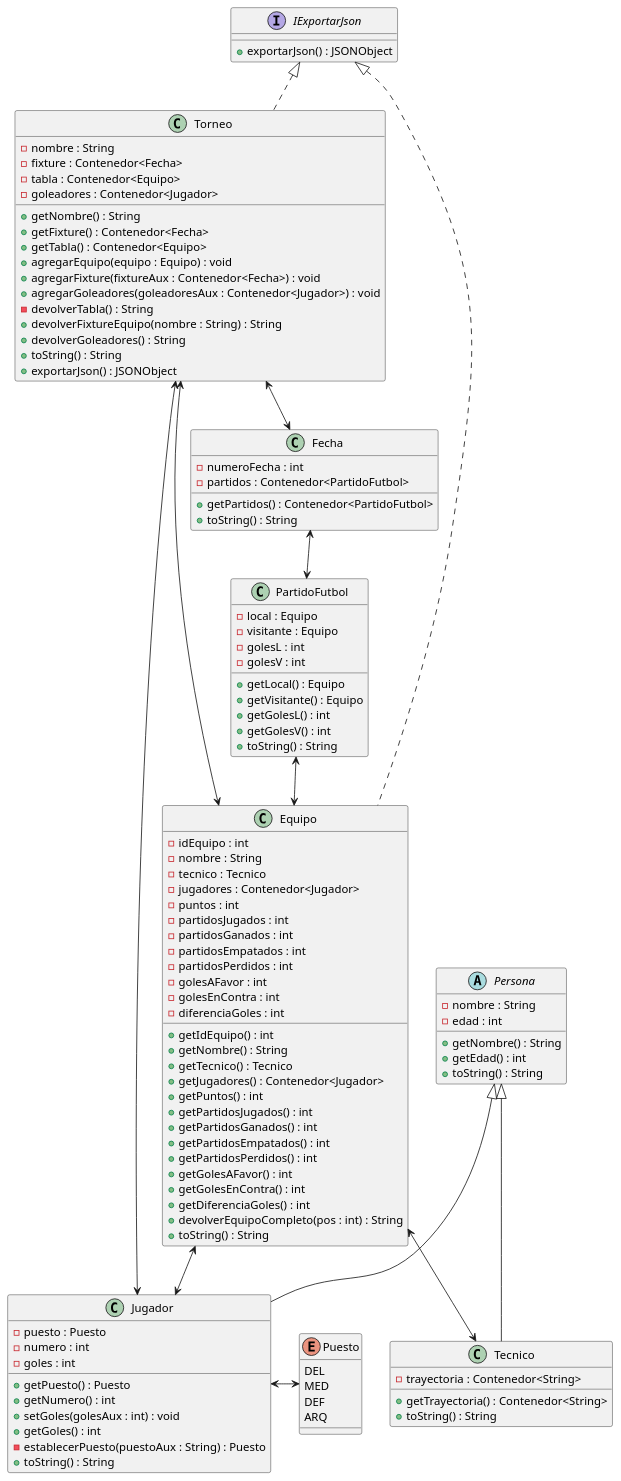
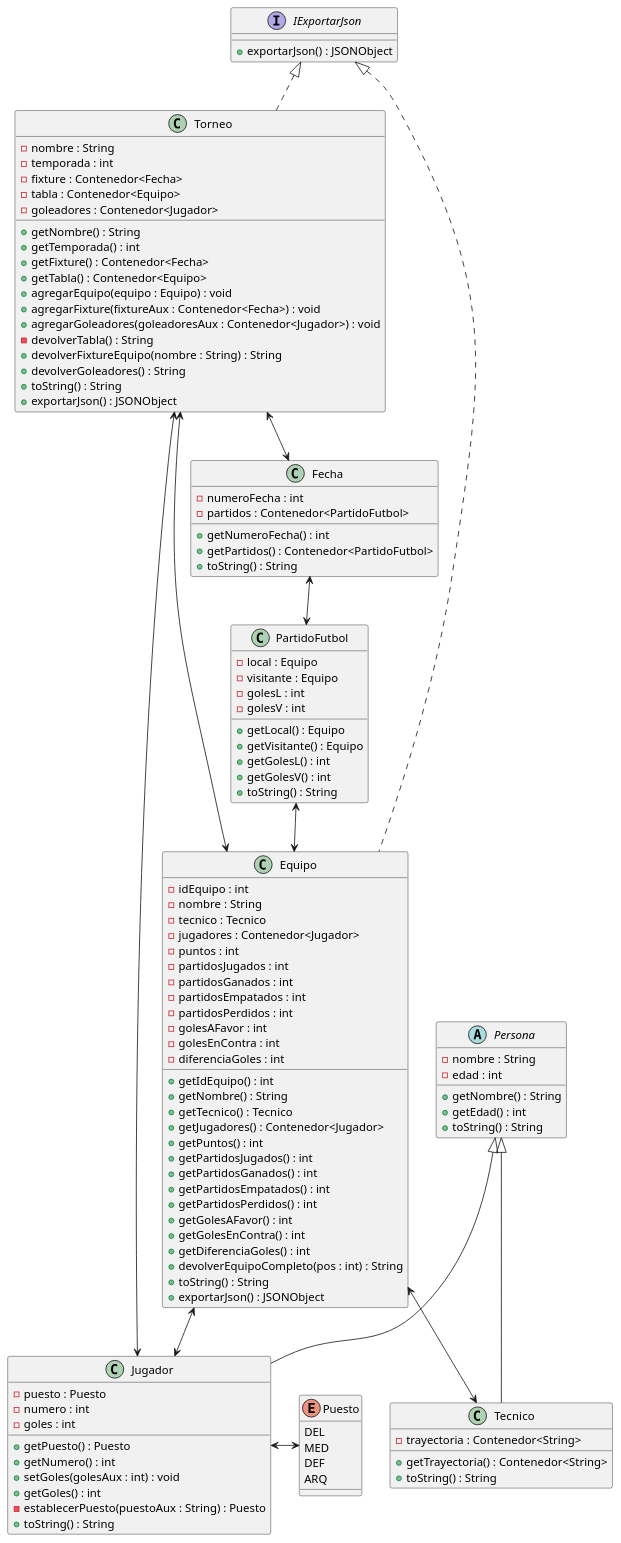
One commit to agustinrojass/appTorneo changed the diagram in out/production/appTorneo/diagramaDeClases.puml. Above: the diagram before and after it, drawn with PlantUML. The commit also changed 11 other files, not shown here.

```diff
--- a/out/production/appTorneo/diagramaDeClases.puml
+++ b/out/production/appTorneo/diagramaDeClases.puml
@@ -1,104 +1,108 @@
 @startuml
 Torneo <--> Fecha
 Torneo <----> Equipo
 Torneo <-----> Jugador
 Fecha <--> PartidoFutbol
 PartidoFutbol <--> Equipo
 Equipo <--> Jugador
 Equipo <--> Tecnico
 Jugador <-> Puesto
 enum Puesto {
     DEL
     MED
     DEF
     ARQ
 }
 interface IExportarJson {
     + exportarJson() : JSONObject
 }
 class Torneo implements IExportarJson {
     - nombre : String
+    - temporada : int
     - fixture : Contenedor<Fecha>
     - tabla : Contenedor<Equipo>
     - goleadores : Contenedor<Jugador>
     + getNombre() : String
+    + getTemporada() : int
     + getFixture() : Contenedor<Fecha>
     + getTabla() : Contenedor<Equipo>
     + agregarEquipo(equipo : Equipo) : void
     + agregarFixture(fixtureAux : Contenedor<Fecha>) : void
     + agregarGoleadores(goleadoresAux : Contenedor<Jugador>) : void
     - devolverTabla() : String
     + devolverFixtureEquipo(nombre : String) : String
     + devolverGoleadores() : String
     + toString() : String
     + exportarJson() : JSONObject
 }
 class Fecha {
     - numeroFecha : int
     - partidos : Contenedor<PartidoFutbol>
+    + getNumeroFecha() : int
     + getPartidos() : Contenedor<PartidoFutbol>
     + toString() : String
 }
 class PartidoFutbol {
     - local : Equipo
     - visitante : Equipo
     - golesL : int
     - golesV : int
     + getLocal() : Equipo
     + getVisitante() : Equipo
     + getGolesL() : int
     + getGolesV() : int
     + toString() : String
 }
 class Equipo implements IExportarJson {
     - idEquipo : int
     - nombre : String
     - tecnico : Tecnico
     - jugadores : Contenedor<Jugador>
     - puntos : int
     - partidosJugados : int
     - partidosGanados : int
     - partidosEmpatados : int
     - partidosPerdidos : int
     - golesAFavor : int
     - golesEnContra : int
     - diferenciaGoles : int
     + getIdEquipo() : int
     + getNombre() : String
     + getTecnico() : Tecnico
     + getJugadores() : Contenedor<Jugador>
     + getPuntos() : int
     + getPartidosJugados() : int
     + getPartidosGanados() : int
     + getPartidosEmpatados() : int
     + getPartidosPerdidos() : int
     + getGolesAFavor() : int
     + getGolesEnContra() : int
     + getDiferenciaGoles() : int
     + devolverEquipoCompleto(pos : int) : String
     + toString() : String
+    + exportarJson() : JSONObject
 }
 abstract class Persona {
     - nombre : String
     - edad : int
     + getNombre() : String
     + getEdad() : int
     + toString() : String
 }
 class Jugador extends Persona {
     - puesto : Puesto
     - numero : int
     - goles : int
     + getPuesto() : Puesto
     + getNumero() : int
     + setGoles(golesAux : int) : void
     + getGoles() : int
     - establecerPuesto(puestoAux : String) : Puesto
     + toString() : String
 }
 class Tecnico extends Persona {
     - trayectoria : Contenedor<String>
     + getTrayectoria() : Contenedor<String>
     + toString() : String
 }
 @enduml
```
